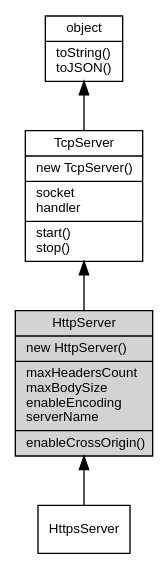
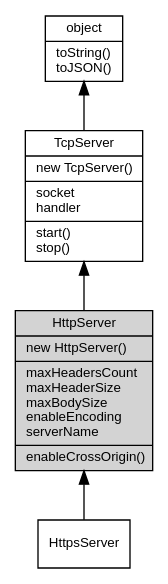
Before and after one commit to fibjs/fibjs.org: the diagram in docs/manual/object/ifs/HttpServer.md, drawn with Graphviz. The commit also changed other lines of this file and 13 other files, not shown here.

````diff
--- a/docs/manual/object/ifs/HttpServer.md
+++ b/docs/manual/object/ifs/HttpServer.md
@@ -27,14 +27,14 @@
 ```dot
 digraph {
     node [fontname="Helvetica,sans-Serif", fontsize=10, shape="record", style="filled", fillcolor="white"];
 
     object [tooltip="object", URL="object.md", label="{object|toString()\ltoJSON()\l}"];
     TcpServer [tooltip="TcpServer", URL="TcpServer.md", label="{TcpServer|new TcpServer()\l|socket\lhandler\l|start()\lstop()\l}"];
-    HttpServer [tooltip="HttpServer", fillcolor="lightgray", id="me", label="{HttpServer|new HttpServer()\l|maxHeadersCount\lmaxBodySize\lenableEncoding\lserverName\l|enableCrossOrigin()\l}"];
+    HttpServer [tooltip="HttpServer", fillcolor="lightgray", id="me", label="{HttpServer|new HttpServer()\l|maxHeadersCount\lmaxHeaderSize\lmaxBodySize\lenableEncoding\lserverName\l|enableCrossOrigin()\l}"];
     HttpsServer [tooltip="HttpsServer", URL="HttpsServer.md", label="{HttpsServer}"];
 
     object -> TcpServer [dir=back];
     TcpServer -> HttpServer [dir=back];
     HttpServer -> HttpsServer [dir=back];
 }
 ```
````
